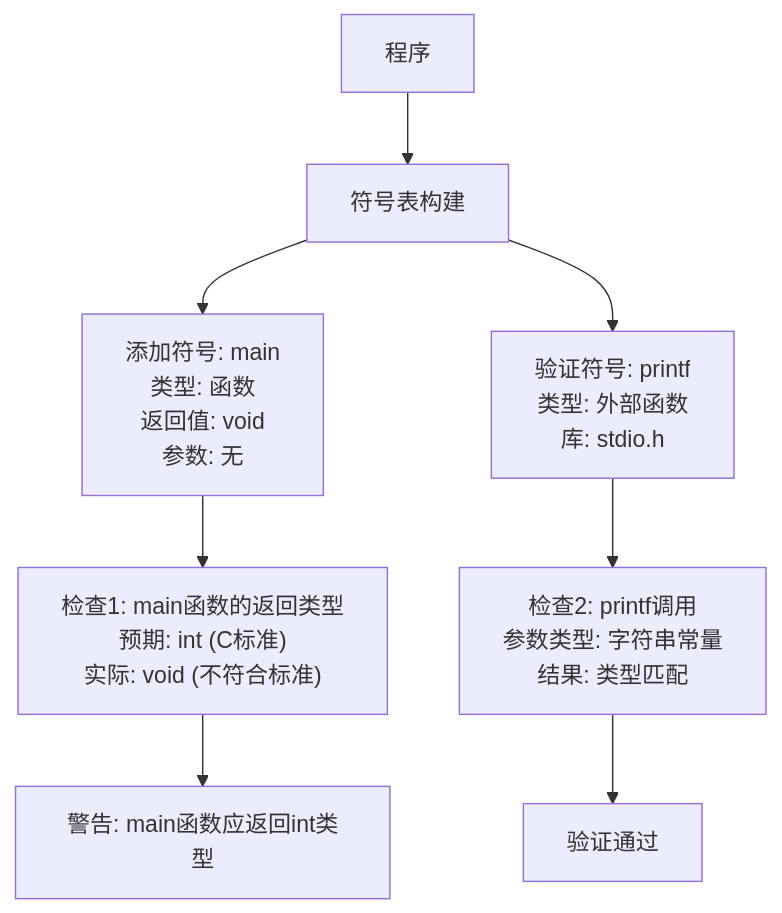
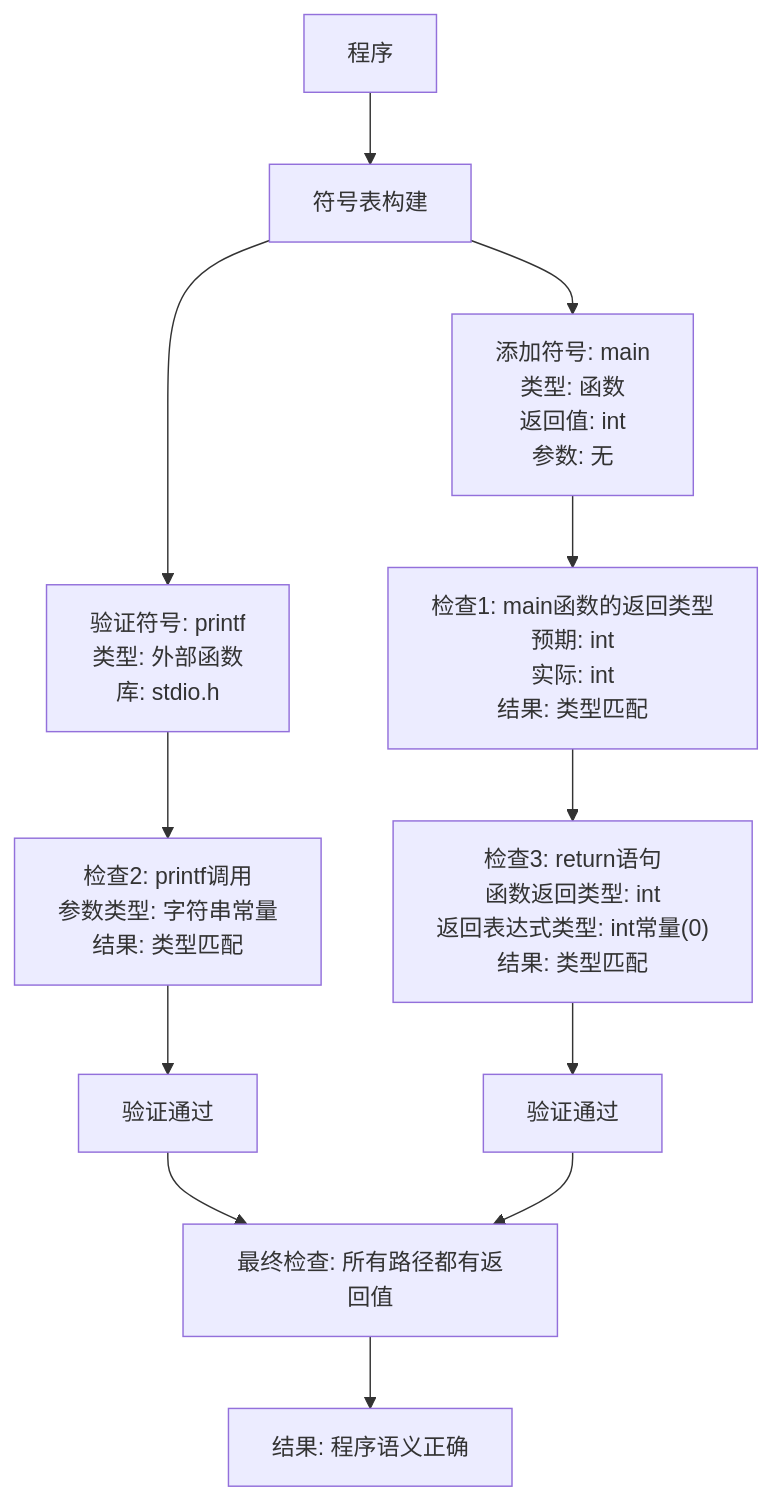
One commit to Chenpeel/Chenpeel.github.io changed the fourth of 6 diagrams in docs/cs/basic/c_cpp/0x01.md. Above: the diagram before and after it, drawn with Mermaid. The commit also changed other lines of this file, not shown here.

````diff
--- a/docs/cs/basic/c_cpp/0x01.md
+++ b/docs/cs/basic/c_cpp/0x01.md
@@ -102,25 +108,35 @@
 ```mermaid
 flowchart TD
     P["程序"] --> SB["符号表构建"]
-
+    
     SB --> S1["添加符号: main
     类型: 函数
-    返回值: void
+    返回值: int
     参数: 无"]
-
+    
     SB --> S2["验证符号: printf
     类型: 外部函数
     库: stdio.h"]
-
+    
     S1 --> C1["检查1: main函数的返回类型
-    预期: int (C标准)
-    实际: void (不符合标准)"]
-
+    预期: int
+    实际: int
+    结果: 类型匹配"]
+    
     S2 --> C2["检查2: printf调用
     参数类型: 字符串常量
     结果: 类型匹配"]
-
-    C1 --> W["警告: main函数应返回int类型"]
-    C2 --> V["验证通过"]
+    
+    C1 --> C3["检查3: return语句
+    函数返回类型: int
+    返回表达式类型: int常量(0)
+    结果: 类型匹配"]
+    
+    C2 --> V1["验证通过"]
+    C3 --> V2["验证通过"]
+    
+    V1 --> F["最终检查: 所有路径都有返回值"]
+    V2 --> F
+    F --> R["结果: 程序语义正确"]
 
 ```
````
